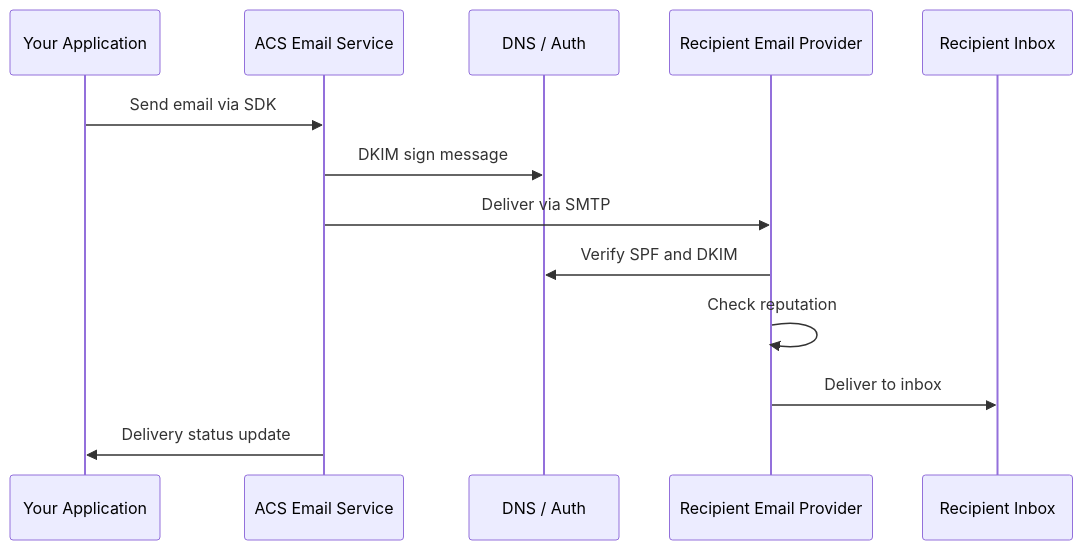
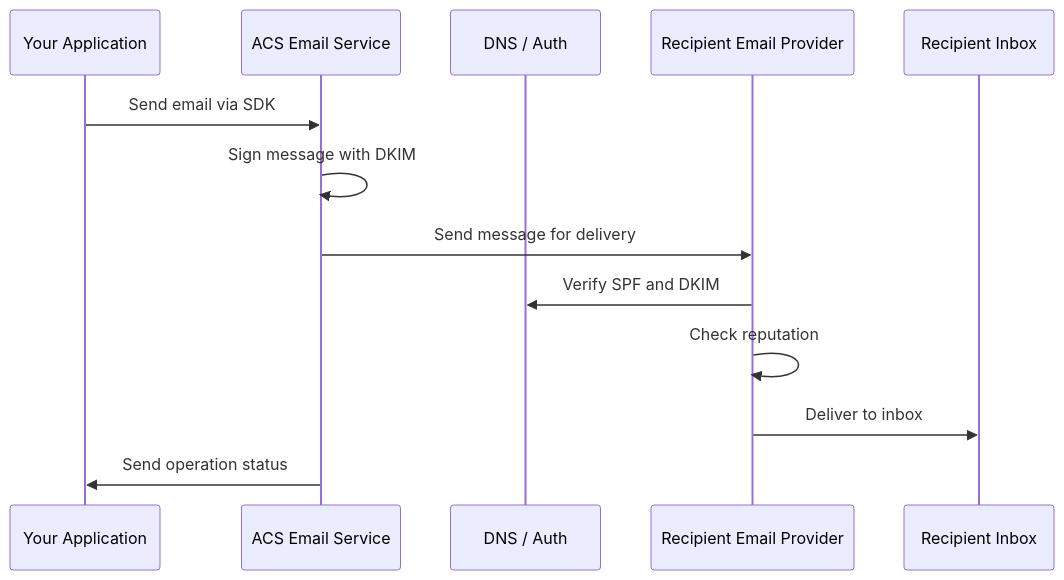
The diagram in posts/2026-02-16-how-to-send-transactional-emails-with-azure-communication-services-email/README.md (OneUptime/blog), drawn with Mermaid before and after one commit. The commit also changed other lines of this file and 2 other files, not shown here.

Commit message:
validate: 2026-02-16-how-to-send-transactional-emails-with-azure-communication-services-email

````diff
--- a/posts/2026-02-16-how-to-send-transactional-emails-with-azure-communication-services-email/README.md
+++ b/posts/2026-02-16-how-to-send-transactional-emails-with-azure-communication-services-email/README.md
@@ -308,16 +313,16 @@
 ```mermaid
 sequenceDiagram
     participant App as Your Application
     participant ACS as ACS Email Service
     participant DNS as DNS / Auth
     participant Provider as Recipient Email Provider
     participant Inbox as Recipient Inbox
 
     App->>ACS: Send email via SDK
-    ACS->>DNS: DKIM sign message
-    ACS->>Provider: Deliver via SMTP
+    ACS->>ACS: Sign message with DKIM
+    ACS->>Provider: Send message for delivery
     Provider->>DNS: Verify SPF and DKIM
     Provider->>Provider: Check reputation
     Provider->>Inbox: Deliver to inbox
-    ACS->>App: Delivery status update
+    ACS->>App: Send operation status
 ```
````
